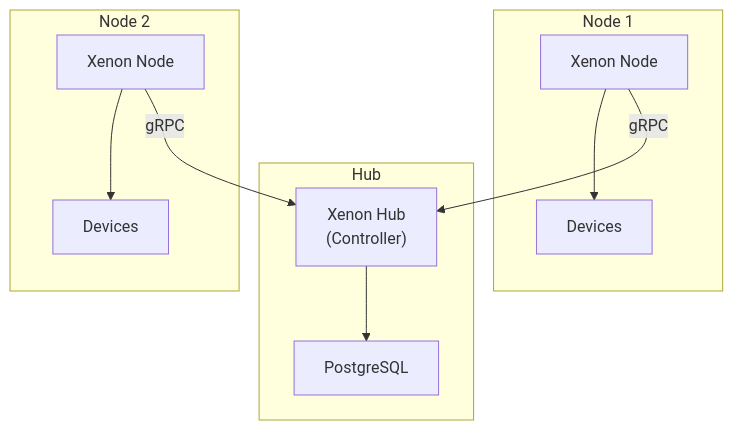
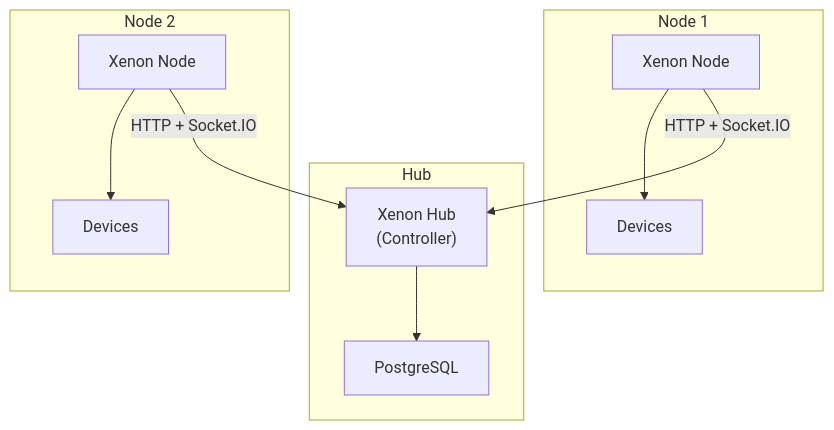
Before and after one commit to Rabindra184/xenon: the diagram in website/docs/deployment.md, drawn with Mermaid. The commit also changed other lines of this file and 6 other files, not shown here.

````diff
--- a/website/docs/deployment.md
+++ b/website/docs/deployment.md
@@ -64,20 +64,20 @@
 ```mermaid
 graph TD
     subgraph Hub
         H["Xenon Hub\n(Controller)"]
         DB["PostgreSQL"]
         H --> DB
     end
     subgraph Node1["Node 1"]
         N1["Xenon Node"]
         D1["Devices"]
         N1 --> D1
     end
     subgraph Node2["Node 2"]
         N2["Xenon Node"]
         D2["Devices"]
         N2 --> D2
     end
-    N1 -->|gRPC| H
-    N2 -->|gRPC| H
+    N1 -->|HTTP + Socket.IO| H
+    N2 -->|HTTP + Socket.IO| H
 ```
````
